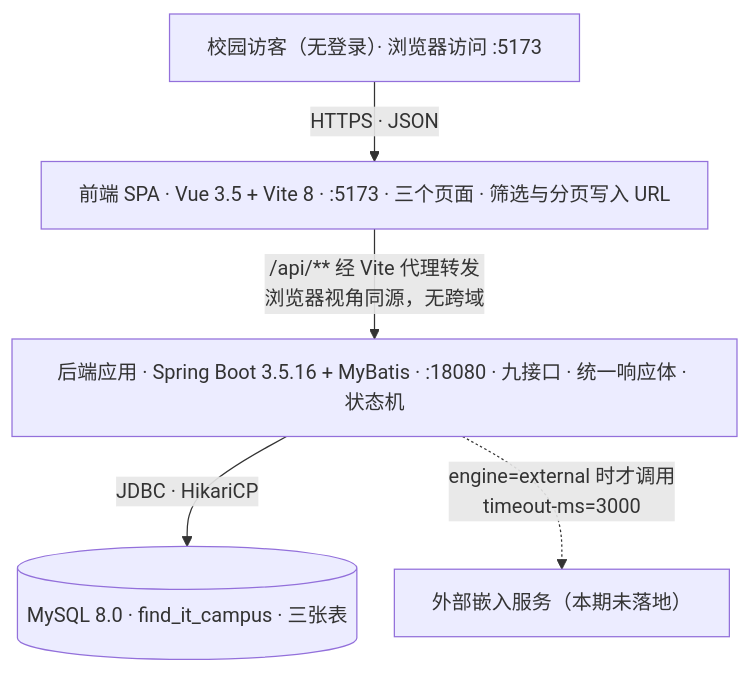
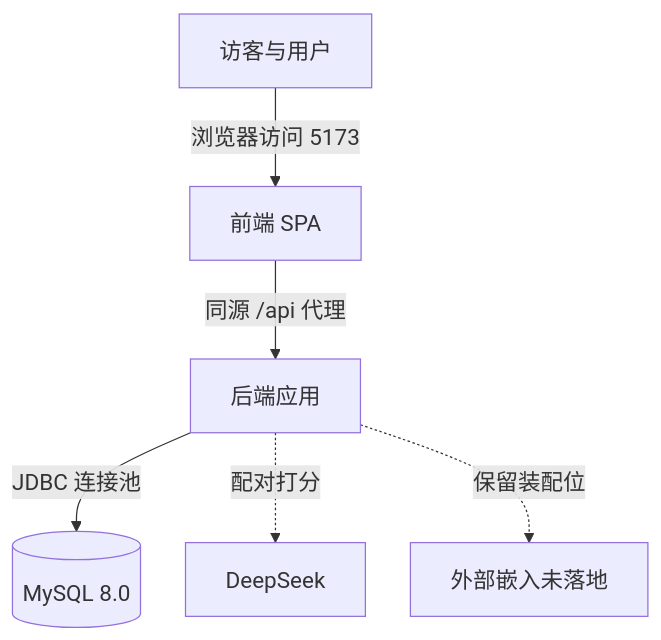
One commit to BLingKiy/find-it-campus changed the diagram in docs/design/diagrams/architecture-container.mmd. Above: the diagram before and after it, drawn with Mermaid. The commit also changed 58 other files, not shown here.

```diff
--- a/docs/design/diagrams/architecture-container.mmd
+++ b/docs/design/diagrams/architecture-container.mmd
@@ -1,15 +1,17 @@
 %% find-it-campus · 系统上下文与容器图（C4 Level 2）
 %% 事实来源：docs/architecture-baseline.md §4.2、server/src/main/resources/application.yml、web/vite.config.ts
-%% 版式：单行标签 + 纵向布局 —— 宽图在 A4 页宽内会被缩到看不清，纵向版在文档里更可读
-%%{init: {"flowchart": {"wrappingWidth": 520, "nodeSpacing": 30, "rankSpacing": 40}}}%%
+%% 版式：节点文案 ≤12 字 + 纵向布局 —— 宽图在 A4 页宽内会被缩到看不清
+%%{init: {"flowchart": {"curve": "basis", "nodeSpacing": 36, "rankSpacing": 52, "padding": 16}, "themeVariables": {"fontSize": "18px"}}}%%
 flowchart TB
-  Visitor["校园访客（无登录）· 浏览器访问 :5173"]
-  SPA["前端 SPA · Vue 3.5 + Vite 8 · :5173 · 三个页面 · 筛选与分页写入 URL"]
-  API["后端应用 · Spring Boot 3.5.16 + MyBatis · :18080 · 九接口 · 统一响应体 · 状态机"]
-  DB[("MySQL 8.0 · find_it_campus · 三张表")]
-  EXT["外部嵌入服务（本期未落地）"]
+  U["访客与用户"]
+  SPA["前端 SPA"]
+  API["后端应用"]
+  DB[("MySQL 8.0")]
+  LLM["DeepSeek"]
+  EXT["外部嵌入未落地"]
 
-  Visitor -->|"HTTPS · JSON"| SPA
-  SPA -->|"/api/** 经 Vite 代理转发<br/>浏览器视角同源，无跨域"| API
-  API -->|"JDBC · HikariCP"| DB
-  API -.->|"engine=external 时才调用<br/>timeout-ms=3000"| EXT
+  U -->|"浏览器访问 5173"| SPA
+  SPA -->|"同源 /api 代理"| API
+  API -->|"JDBC 连接池"| DB
+  API -.->|"配对打分"| LLM
+  API -.->|"保留装配位"| EXT
```
